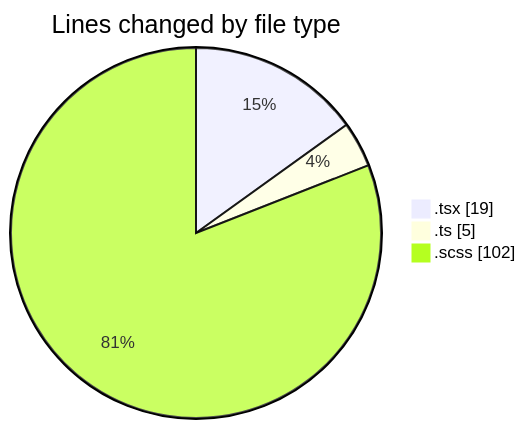
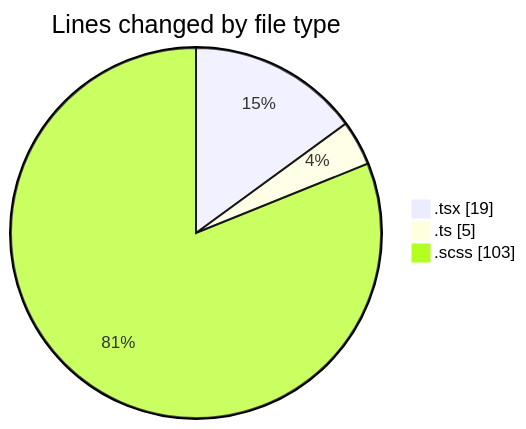
Before and after one commit to momahboobian/code-tracking: the first of 2 diagrams in 2025-02-28/cda/README.md, drawn with Mermaid. The commit also changed other lines of this file and 1 other file, not shown here.

````diff
--- a/2025-02-28/cda/README.md
+++ b/2025-02-28/cda/README.md
@@ -23,7 +23,7 @@
 ```mermaid
 pie showData
 title Lines changed by file type
 ".tsx" : 19
 ".ts" : 5
-".scss" : 102
+".scss" : 103
 ```
````
